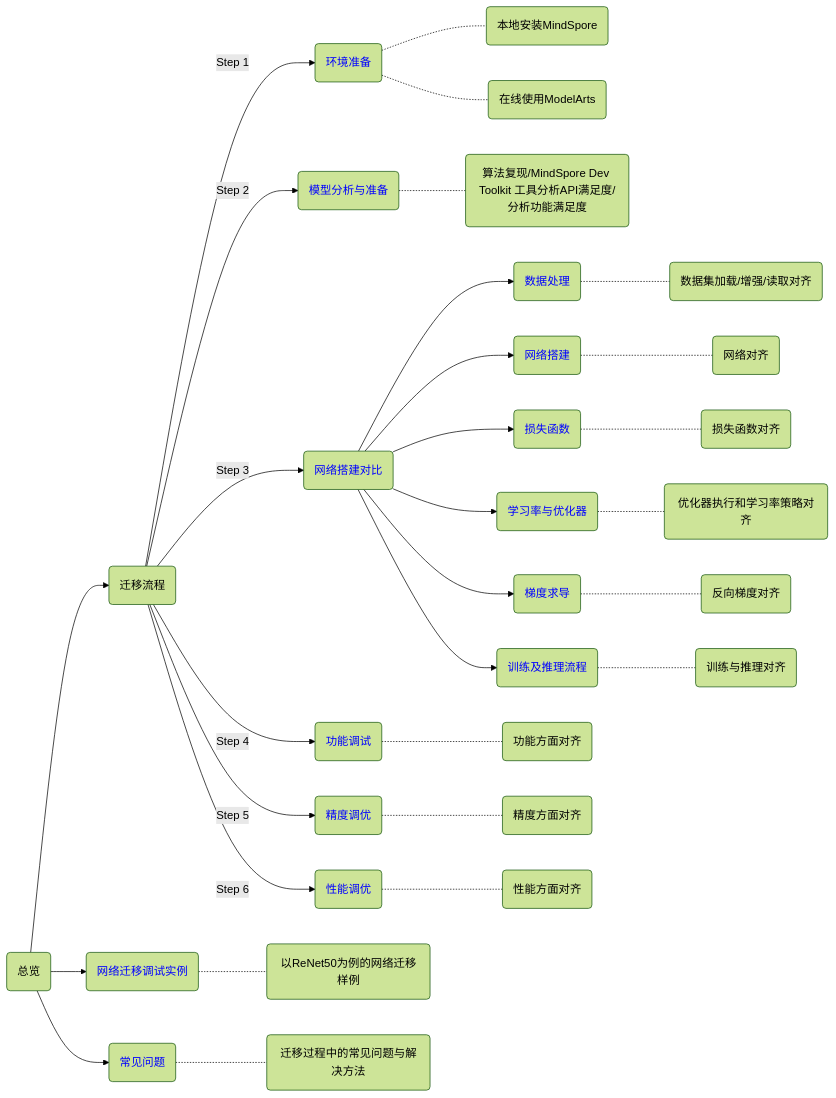
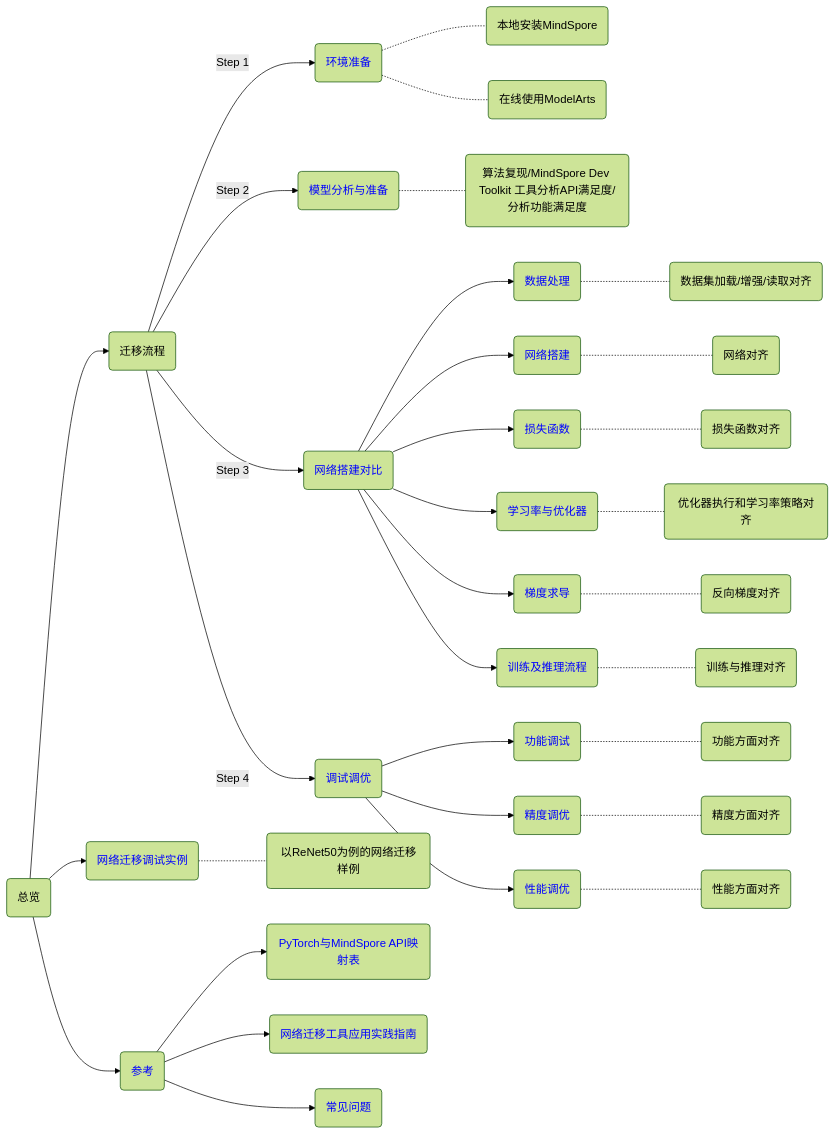
Before and after one commit to mindspore-ai/docs: the diagram in docs/mindspore/source_zh_cn/migration_guide/overview.md, drawn with Mermaid (forest theme). The commit also changed 27 other files, not shown here.

Commit message:
modify err format and mermaid

````diff
--- a/docs/mindspore/source_zh_cn/migration_guide/overview.md
+++ b/docs/mindspore/source_zh_cn/migration_guide/overview.md
@@ -7,49 +7,58 @@
 ```{mermaid}
-graph LR
+flowchart LR
 A(总览)-->B(迁移流程)
 B-->|Step 1|E(<font color=blue>环境准备</font>)
 E-.-text1(本地安装MindSpore)
 E-.-text2(在线使用ModelArts)
 B-->|Step 2|F(<font color=blue>模型分析与准备</font>)
 F-.-text3(算法复现/MindSpore Dev Toolkit 工具分析API满足度/分析功能满足度)
 B-->|Step 3|G(<font color=blue>网络搭建对比</font>)
-G-->K(<font color=blue>数据处理</font>)
-K-.-text4(数据集加载/增强/读取对齐)
-G-->L(<font color=blue>网络搭建</font>)
-L-.-text5(网络对齐)
-G-->P(<font color=blue>损失函数</font>)
-P-.-text6(损失函数对齐)
-G-->M(<font color=blue>学习率与优化器</font>)
-M-.-text7(优化器执行和学习率策略对齐)
-G-->N(<font color=blue>梯度求导</font>)
-N-.-text8(反向梯度对齐)
-G-->O(<font color=blue>训练及推理流程</font>)
-O-.-text9(训练与推理对齐)
-B-->|Step 4|H(<font color=blue>功能调试</font>)
-H-.-text10(功能方面对齐)
-B-->|Step 5|I(<font color=blue>精度调优</font>)
-I-.-text11(精度方面对齐)
-B-->|Step 6|J(<font color=blue>性能调优</font>)
-J-.-text12(性能方面对齐)
+G-->I(<font color=blue>数据处理</font>)
+I-.-text4(数据集加载/增强/读取对齐)
+G-->J(<font color=blue>网络搭建</font>)
+J-.-text5(网络对齐)
+G-->K(<font color=blue>损失函数</font>)
+K-.-text6(损失函数对齐)
+G-->L(<font color=blue>学习率与优化器</font>)
+L-.-text7(优化器执行和学习率策略对齐)
+G-->M(<font color=blue>梯度求导</font>)
+M-.-text8(反向梯度对齐)
+G-->N(<font color=blue>训练及推理流程</font>)
+N-.-text9(训练与推理对齐)
+B-->|Step 4|H(<font color=blue>调试调优</font>)
+H-->O(<font color=blue>功能调试</font>)
+O-.-text10(功能方面对齐)
+H-->P(<font color=blue>精度调优</font>)
+P-.-text11(精度方面对齐)
+H-->Q(<font color=blue>性能调优</font>)
+Q-.-text12(性能方面对齐)
 A-->C(<font color=blue>网络迁移调试实例</font>)
 C-.-text13(以ReNet50为例的网络迁移样例)
-A-->D(<font color=blue>常见问题</font>)
-D-.-text14(迁移过程中的常见问题与解决方法)
+A-->D(<font color=blue>参考</font>)
+D-->R(<font color=blue>PyTorch与MindSpore API映射表</font>)
+D-->S(<font color=blue>网络迁移工具应用实践指南</font>)
+D-->T(<font color=blue>常见问题</font>)
 
 click C "https://www.mindspore.cn/docs/zh-CN/r2.4.10/migration_guide/sample_code.html"
-click D "https://www.mindspore.cn/docs/zh-CN/r2.4.10/migration_guide/faq.html"
+click D "https://www.mindspore.cn/docs/zh-CN/r2.4.10/migration_guide/reference.html"
 
 click E "https://www.mindspore.cn/docs/zh-CN/r2.4.10/migration_guide/enveriment_preparation.html"
 click F "https://www.mindspore.cn/docs/zh-CN/r2.4.10/migration_guide/analysis_and_preparation.html"
 click G "https://www.mindspore.cn/docs/zh-CN/r2.4.10/migration_guide/model_development/model_development.html"
-click H "https://www.mindspore.cn/docs/zh-CN/r2.4.10/migration_guide/debug_and_tune.html#功能调试"
-click I "https://www.mindspore.cn/docs/zh-CN/r2.4.10/migration_guide/debug_and_tune.html#精度调优"
-click J "https://www.mindspore.cn/docs/zh-CN/r2.4.10/migration_guide/debug_and_tune.html#性能调优"
+click H "https://www.mindspore.cn/docs/zh-CN/r2.4.10/migration_guide/debug_and_tune.html#调试调优"
 
-click K "https://www.mindspore.cn/docs/zh-CN/r2.4.10/migration_guide/model_development/dataset.html"
-click L "https://www.mindspore.cn/docs/zh-CN/r2.4.10/migration_guide/model_development/model_and_cell.html"
-click M "https://www.mindspore.cn/docs/zh-CN/r2.4.10/migration_guide/model_development/learning_rate_and_optimizer.html"
-click N "https://www.mindspore.cn/docs/zh-CN/r2.4.10/migration_guide/model_development/gradient.html"
-click O "https://www.mindspore.cn/docs/zh-CN/r2.4.10/migration_guide/model_development/training_and_evaluation.html"
-click P "https://www.mindspore.cn/docs/zh-CN/r2.4.10/migration_guide/model_development/loss_function.html"
+click I "https://www.mindspore.cn/docs/zh-CN/r2.4.10/migration_guide/model_development/dataset.html"
+click J "https://www.mindspore.cn/docs/zh-CN/r2.4.10/migration_guide/model_development/model_and_cell.html"
+click K "https://www.mindspore.cn/docs/zh-CN/r2.4.10/migration_guide/model_development/loss_function.html"
+click L "https://www.mindspore.cn/docs/zh-CN/r2.4.10/migration_guide/model_development/learning_rate_and_optimizer.html"
+click M "https://www.mindspore.cn/docs/zh-CN/r2.4.10/migration_guide/model_development/gradient.html"
+click N "https://www.mindspore.cn/docs/zh-CN/r2.4.10/migration_guide/model_development/training_and_evaluation.html"
+
+click O "https://www.mindspore.cn/docs/zh-CN/r2.4.10/migration_guide/debug_and_tune.html#功能调试"
+click P "https://www.mindspore.cn/docs/zh-CN/r2.4.10/migration_guide/debug_and_tune.html#精度调优"
+click Q "https://www.mindspore.cn/docs/zh-CN/r2.4.10/migration_guide/debug_and_tune.html#性能调优"
+
+click R "https://www.mindspore.cn/docs/zh-CN/r2.4.10/note/api_mapping/pytorch_api_mapping.html"
+click S "https://www.mindspore.cn/docs/zh-CN/r2.4.10/migration_guide/migrator_with_tools.html"
+click T "https://www.mindspore.cn/docs/zh-CN/r2.4.10/migration_guide/faq.html"
 ```
````
